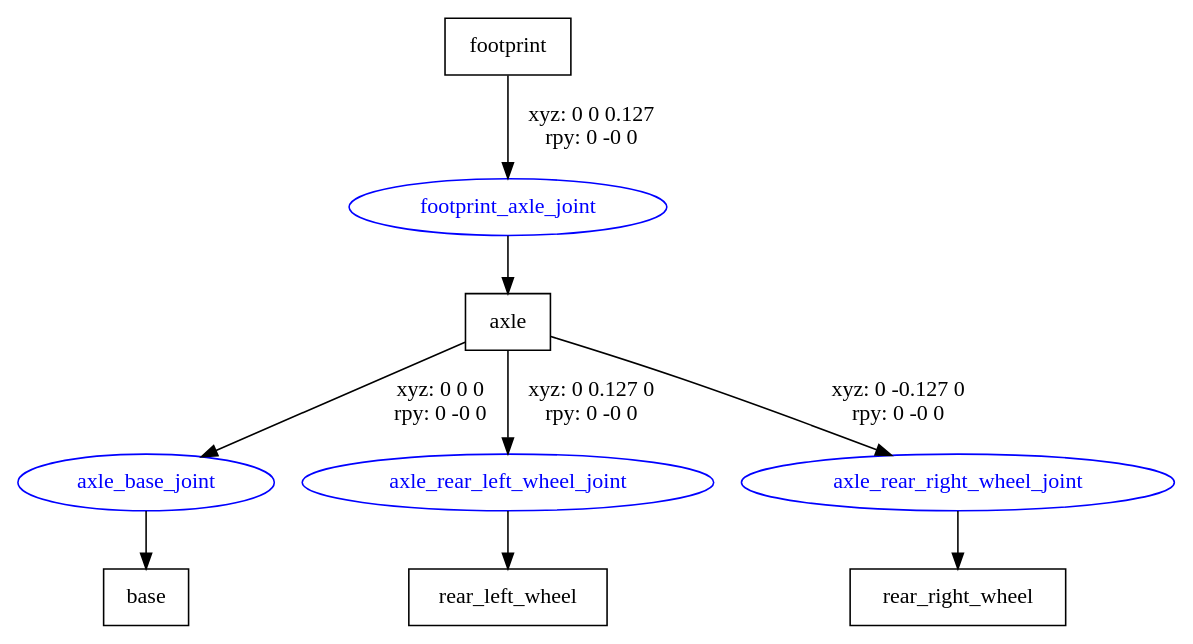
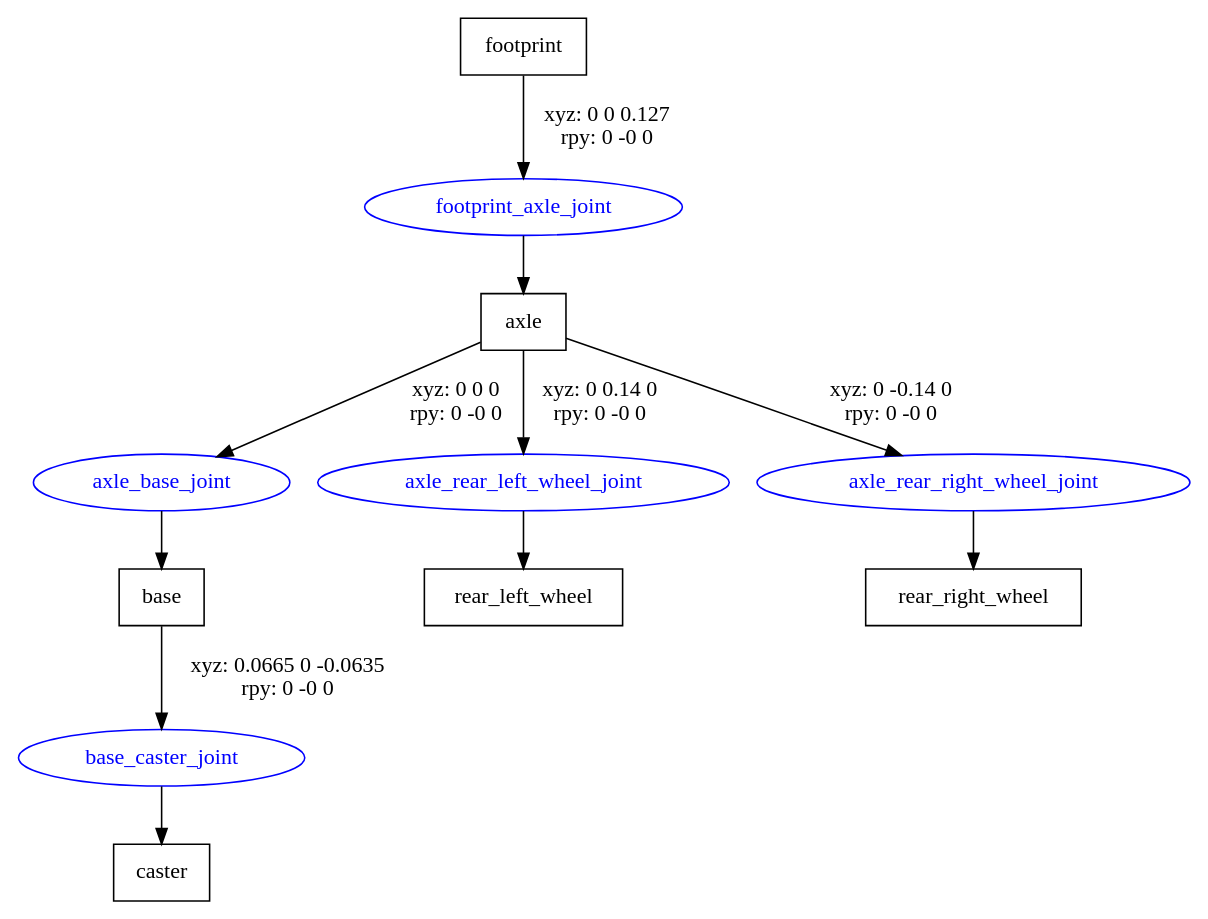
One commit to kundan-goswami/wheelchair changed the diagram in mdu.gv. Above: the diagram before and after it, drawn with Graphviz. The commit also changed 12 other files, not shown here.

```diff
--- a/mdu.gv
+++ b/mdu.gv
@@ -1,17 +1,20 @@
 digraph G {
 node [shape=box];
 "footprint" [label="footprint"];
 "axle" [label="axle"];
 "base" [label="base"];
+"caster" [label="caster"];
 "rear_left_wheel" [label="rear_left_wheel"];
 "rear_right_wheel" [label="rear_right_wheel"];
 node [shape=ellipse, color=blue, fontcolor=blue];
 "footprint" -> "footprint_axle_joint" [label="xyz: 0 0 0.127 \nrpy: 0 -0 0"]
 "footprint_axle_joint" -> "axle"
 "axle" -> "axle_base_joint" [label="xyz: 0 0 0 \nrpy: 0 -0 0"]
 "axle_base_joint" -> "base"
-"axle" -> "axle_rear_left_wheel_joint" [label="xyz: 0 0.127 0 \nrpy: 0 -0 0"]
+"base" -> "base_caster_joint" [label="xyz: 0.0665 0 -0.0635 \nrpy: 0 -0 0"]
+"base_caster_joint" -> "caster"
+"axle" -> "axle_rear_left_wheel_joint" [label="xyz: 0 0.14 0 \nrpy: 0 -0 0"]
 "axle_rear_left_wheel_joint" -> "rear_left_wheel"
-"axle" -> "axle_rear_right_wheel_joint" [label="xyz: 0 -0.127 0 \nrpy: 0 -0 0"]
+"axle" -> "axle_rear_right_wheel_joint" [label="xyz: 0 -0.14 0 \nrpy: 0 -0 0"]
 "axle_rear_right_wheel_joint" -> "rear_right_wheel"
 }
```
